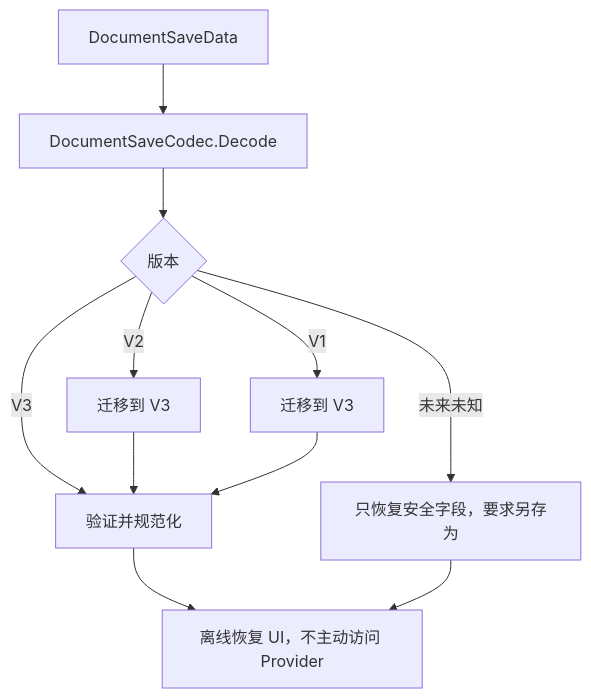
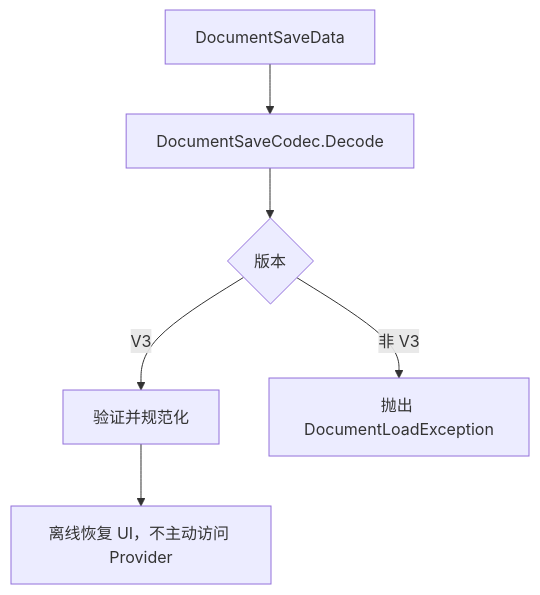
The fifth of 5 diagrams in Plugins/BiliDownloader/BiliDownloader/doc/design/architecture-guide/07-持久化恢复与消息通信.md (crownclowngx/avalonia_dock_simple_test), drawn with Mermaid before and after one commit. The commit also changed other lines of this file and 48 other files, not shown here.

````diff
--- a/Plugins/BiliDownloader/BiliDownloader/doc/design/architecture-guide/07-持久化恢复与消息通信.md
+++ b/Plugins/BiliDownloader/BiliDownloader/doc/design/architecture-guide/07-持久化恢复与消息通信.md
@@ -203,13 +203,8 @@
 ```mermaid
 flowchart TD
     Save["DocumentSaveData"] --> Decode["DocumentSaveCodec.Decode"]
     Decode --> Version{"版本"}
     Version -->|V3| Validate["验证并规范化"]
-    Version -->|V2| Migrate2["迁移到 V3"]
-    Version -->|V1| Migrate1["迁移到 V3"]
-    Version -->|未来未知| Safe["只恢复安全字段，要求另存为"]
-    Migrate2 --> Validate
-    Migrate1 --> Validate
+    Version -->|非 V3| Reject["抛出 DocumentLoadException"]
     Validate --> Offline["离线恢复 UI，不主动访问 Provider"]
-    Safe --> Offline
 ```
````
